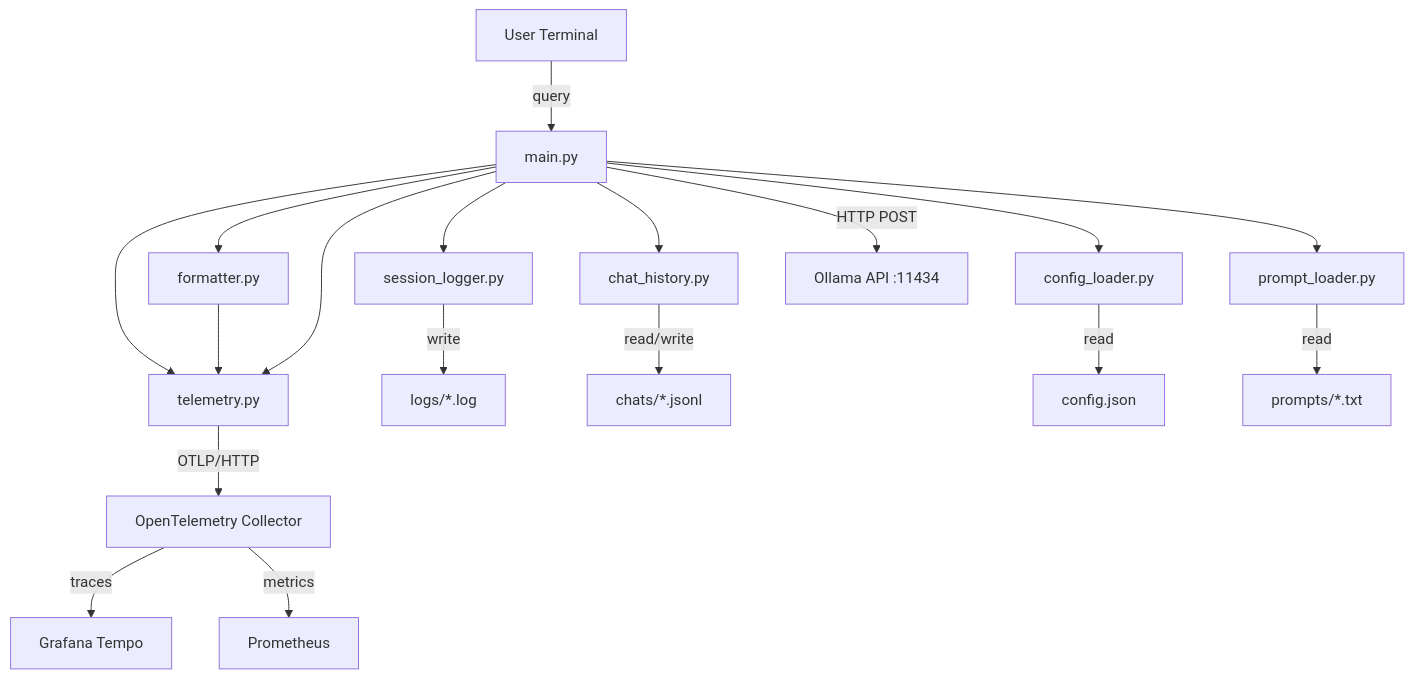
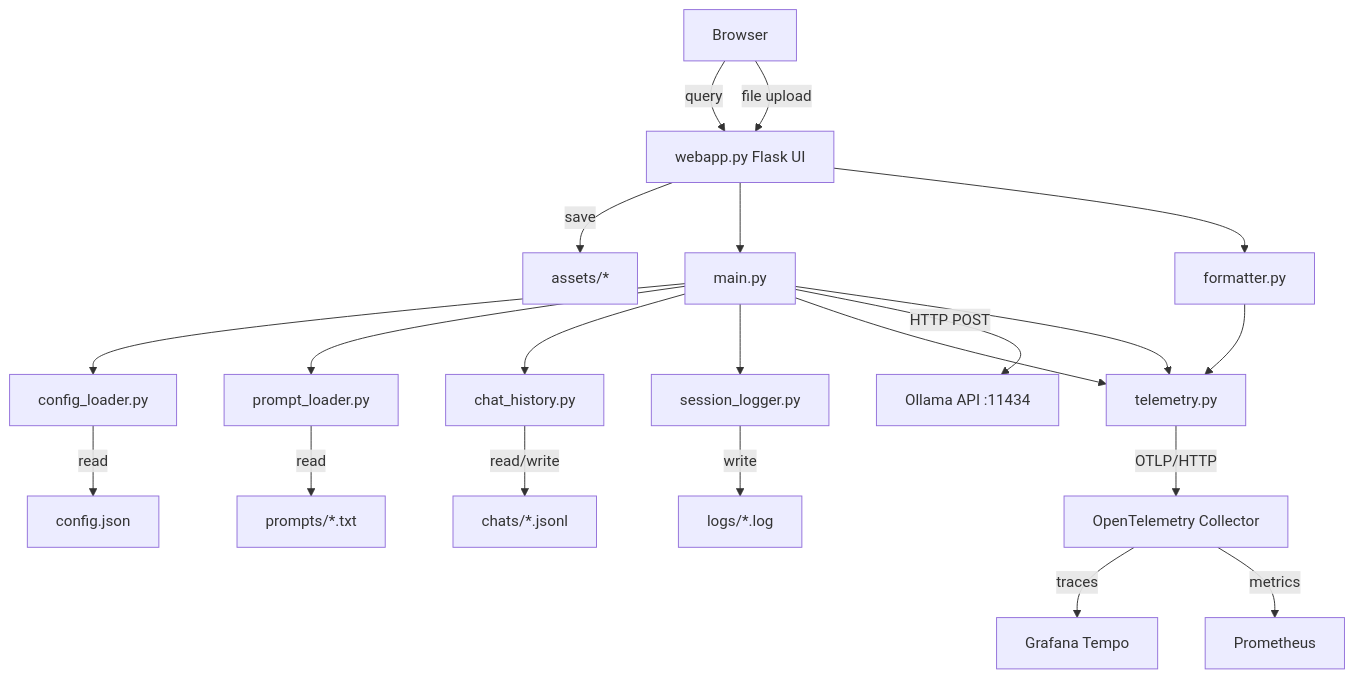
One commit to Pilestin/kio1.orchestrator changed the diagram in docs/architecture.md. Above: the diagram before and after it, drawn with Mermaid. The commit also changed other lines of this file and 17 other files, not shown here.

````diff
--- a/docs/architecture.md
+++ b/docs/architecture.md
@@ -9,20 +9,23 @@
 ```mermaid
 graph TD
-    User[User Terminal] -->|query| Main[main.py]
+    User[Browser] -->|query| WebApp[webapp.py Flask UI]
+    User -->|file upload| WebApp
+    WebApp -->|save| Assets[assets/*]
+    WebApp --> Main[main.py]
     Main --> ConfigLoader[config_loader.py]
     Main --> PromptLoader[prompt_loader.py]
     Main --> ChatHistory[chat_history.py]
-    Main --> Formatter[formatter.py]
+    WebApp --> Formatter[formatter.py]
     Main --> SessionLogger[session_logger.py]
     Main --> Telemetry[telemetry.py]
     Main -->|HTTP POST| Ollama[Ollama API :11434]
     SessionLogger -->|write| LogFiles[logs/*.log]
     ChatHistory -->|read/write| ChatFiles[chats/*.jsonl]
     ConfigLoader -->|read| ConfigFile[config.json]
     PromptLoader -->|read| PromptFile[prompts/*.txt]
     Formatter --> Telemetry
     Main --> Telemetry
     Telemetry -->|OTLP/HTTP| Collector[OpenTelemetry Collector]
     Collector -->|traces| Tempo[Grafana Tempo]
     Collector -->|metrics| Prometheus[Prometheus]
 ```
````
